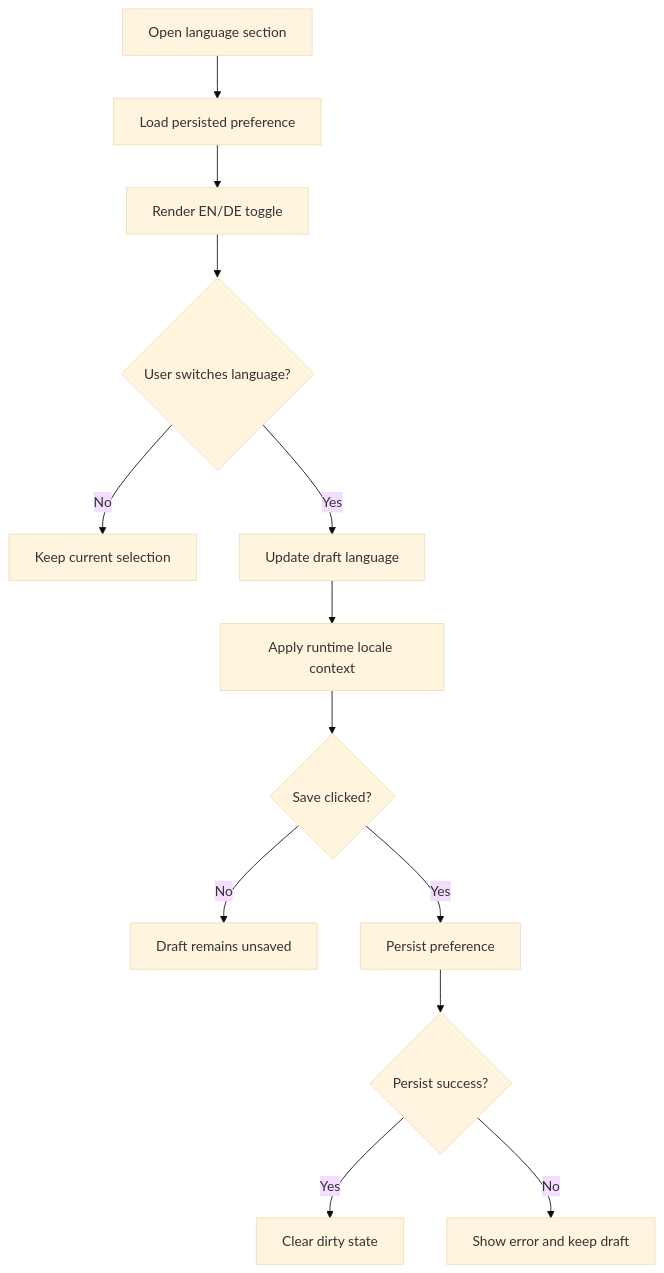
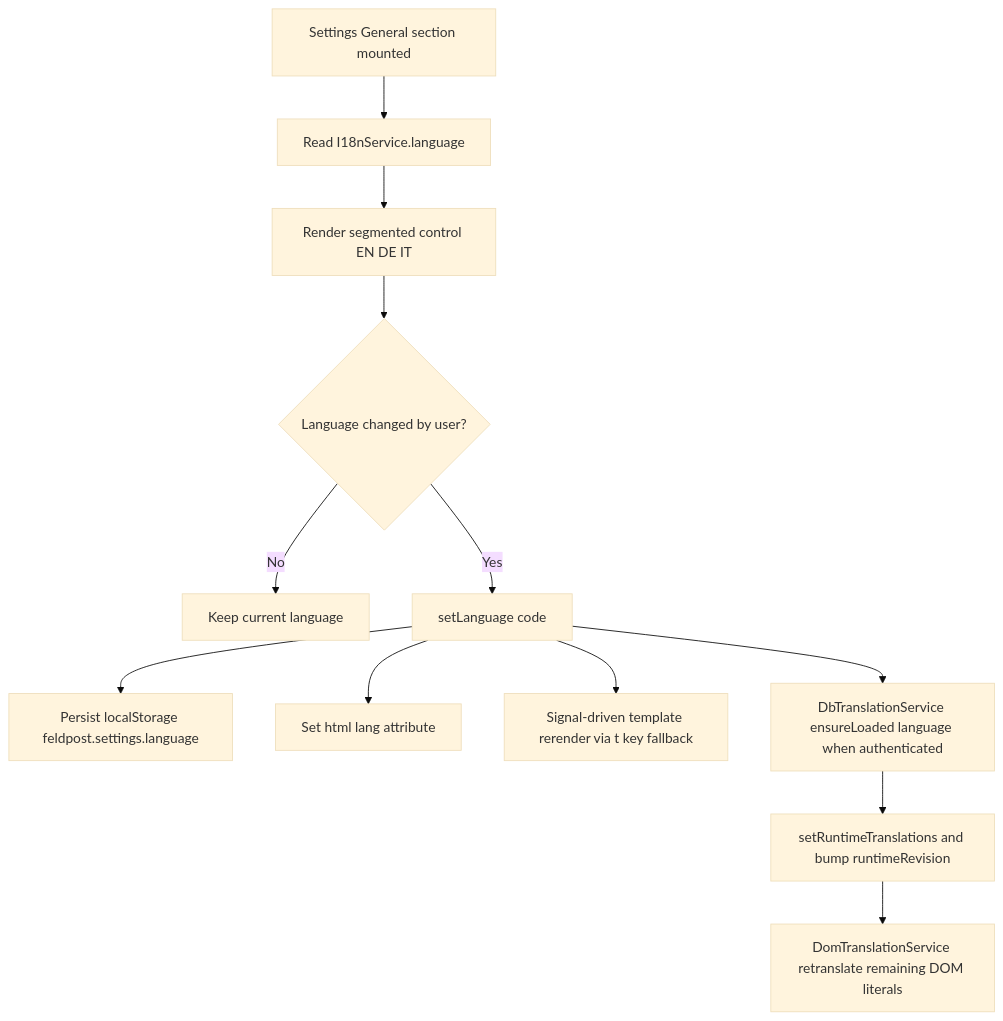
Before and after one commit to matkleve/feldpost: the first of 4 diagrams in docs/element-specs/language-locale-settings.md, drawn with Mermaid (base theme). The commit also changed other lines of this file and 34 other files, not shown here.

First line of the commit message:
feat(i18n): enhance language settings and add i18n guard scripts

````diff
--- a/docs/element-specs/language-locale-settings.md
+++ b/docs/element-specs/language-locale-settings.md
@@ -29,15 +30,14 @@
 ```mermaid
 flowchart TD
-    A[Open language section] --> B[Load persisted preference]
-    B --> C[Render EN/DE toggle]
-    C --> D{User switches language?}
-    D -- No --> E[Keep current selection]
-    D -- Yes --> F[Update draft language]
-    F --> G[Apply runtime locale context]
-    G --> H{Save clicked?}
-    H -- No --> I[Draft remains unsaved]
-    H -- Yes --> J[Persist preference]
-    J --> K{Persist success?}
-    K -- Yes --> L[Clear dirty state]
-    K -- No --> M[Show error and keep draft]
+    A[Settings General section mounted] --> B[Read I18nService.language]
+    B --> C[Render segmented control EN DE IT]
+    C --> D{Language changed by user?}
+    D -- No --> E[Keep current language]
+    D -- Yes --> F[setLanguage code]
+    F --> G[Persist localStorage feldpost.settings.language]
+    F --> H[Set html lang attribute]
+    F --> I[Signal-driven template rerender via t key fallback]
+    F --> J[DbTranslationService ensureLoaded language when authenticated]
+    J --> K[setRuntimeTranslations and bump runtimeRevision]
+    K --> L[DomTranslationService retranslate remaining DOM literals]
 ```
````
